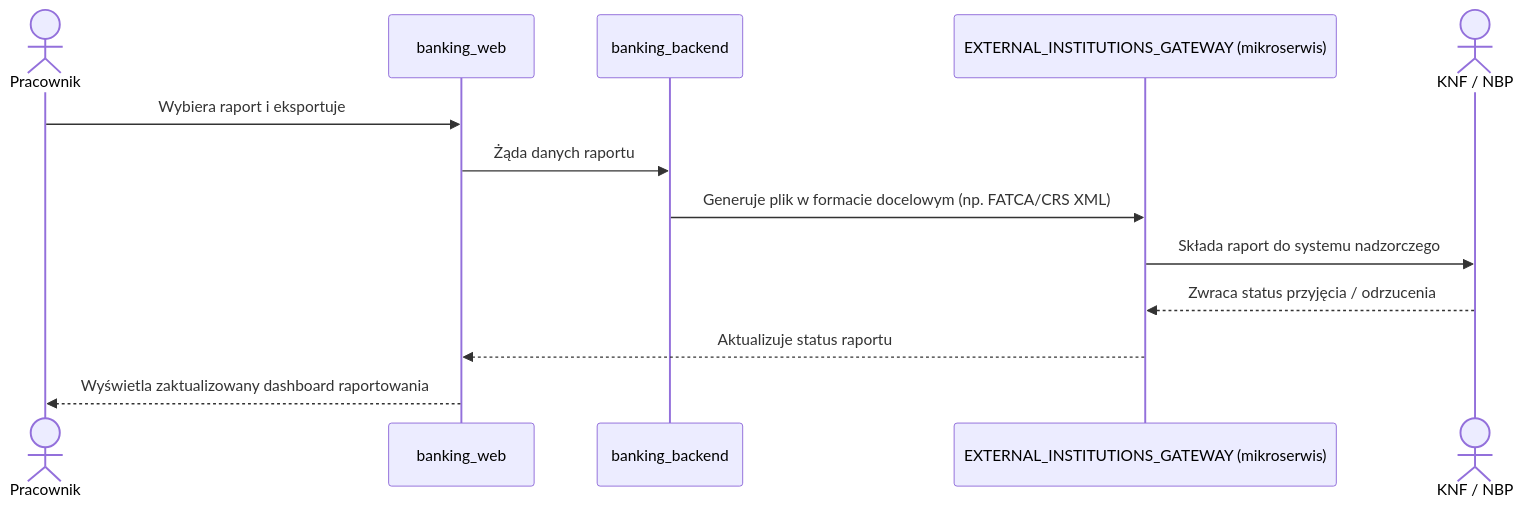
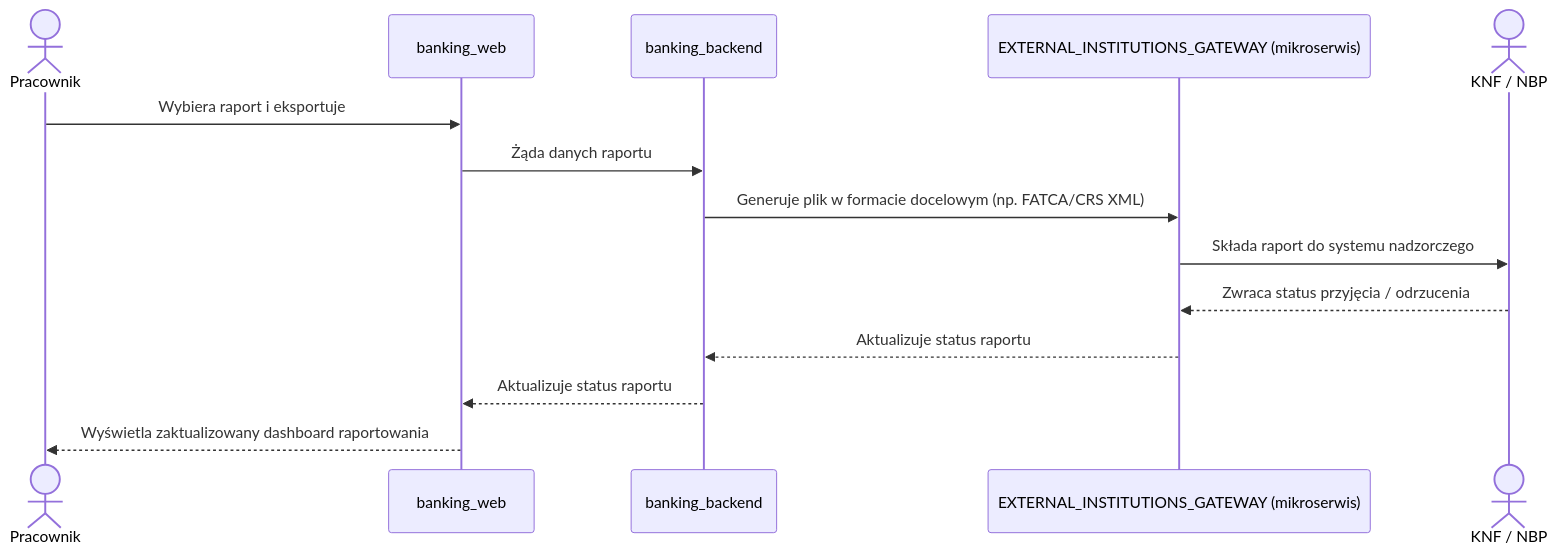
The seventh of 8 diagrams in docs/banking_web_functions(concise).md (RobertNeat/Enterprise_Banking_Platform), drawn with Mermaid before and after one commit. The commit also changed other lines of this file and 106 other files, not shown here.

````diff
--- a/docs/banking_web_functions(concise).md
+++ b/docs/banking_web_functions(concise).md
@@ -426,16 +444,17 @@
 ```mermaid
 sequenceDiagram
     actor Pracownik
     participant WEB as banking_web
     participant BB as banking_backend
     participant GW as EXTERNAL_INSTITUTIONS_GATEWAY (mikroserwis)
     actor KNF as KNF / NBP
 
     Pracownik->>WEB: Wybiera raport i eksportuje
     WEB->>BB: Żąda danych raportu
     BB->>GW: Generuje plik w formacie docelowym (np. FATCA/CRS XML)
     GW->>KNF: Składa raport do systemu nadzorczego
     KNF-->>GW: Zwraca status przyjęcia / odrzucenia
-    GW-->>WEB: Aktualizuje status raportu
+    GW-->>BB: Aktualizuje status raportu
+    BB-->>WEB: Aktualizuje status raportu
     WEB-->>Pracownik: Wyświetla zaktualizowany dashboard raportowania
 ```
````
